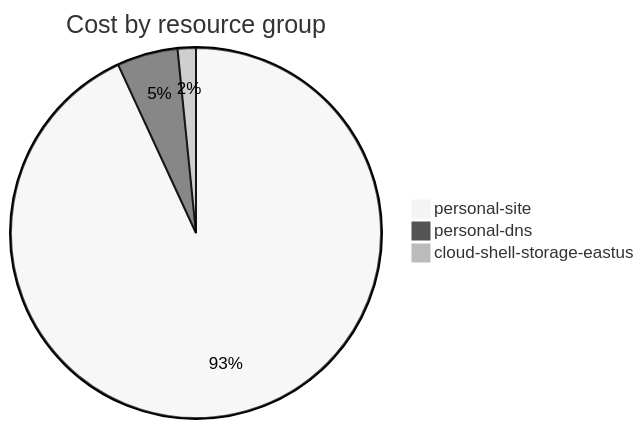
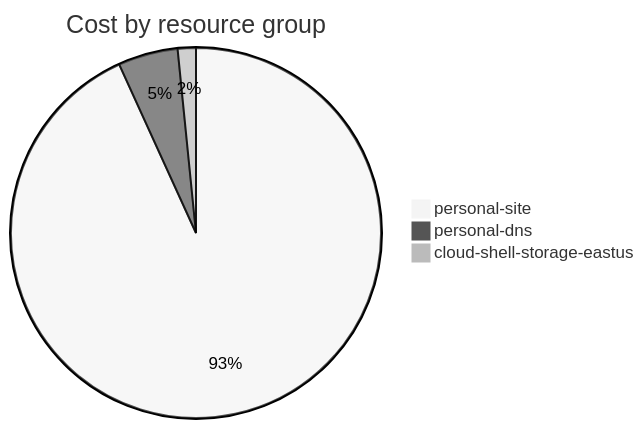
The fourth of 4 diagrams in cost-reports/accumulated-cost.md (jpfulton/azure-personal-reports), drawn with Mermaid (neutral theme) before and after one commit. The commit also changed other lines of this file and 4 other files, not shown here.

````diff
--- a/cost-reports/accumulated-cost.md
+++ b/cost-reports/accumulated-cost.md
@@ -139,7 +141,7 @@
 ```mermaid
 pie
    title Cost by resource group
-   "personal-site" : 3.51
-   "personal-dns" : 0.20
-   "cloud-shell-storage-eastus" : 0.06
+   "personal-site" : 4.11
+   "personal-dns" : 0.23
+   "cloud-shell-storage-eastus" : 0.07
 ```
````
